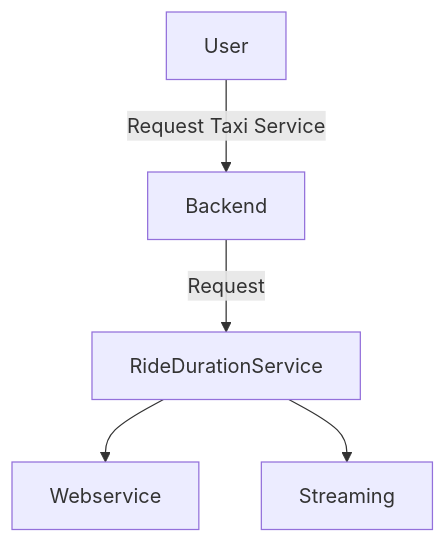
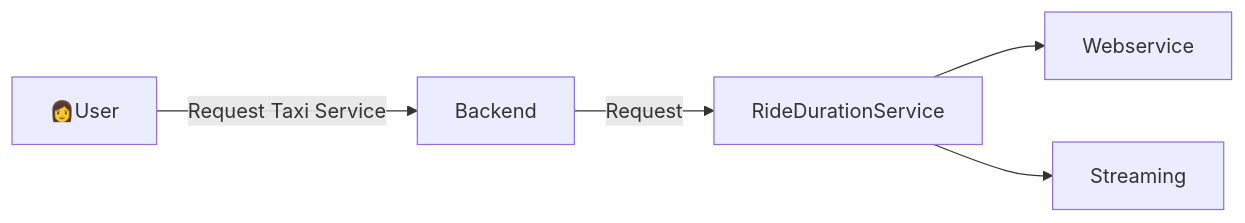
The second of 2 diagrams in week04/README.md (mossdet/mlops-dlp), drawn with Mermaid before and after one commit.

````diff
--- a/week04/README.md
+++ b/week04/README.md
@@ -25,7 +25,7 @@
 ```mermaid
-graph TD
-    User[User]--> |Request Taxi Service| Backend[Backend]
+graph LR
+    User[👩User]--> |Request Taxi Service| Backend[Backend]
     Backend--> |Request| RideDurationService[RideDurationService]
     RideDurationService-->WebService[Webservice]
     RideDurationService-->Streaming[Streaming]
 ```
````
